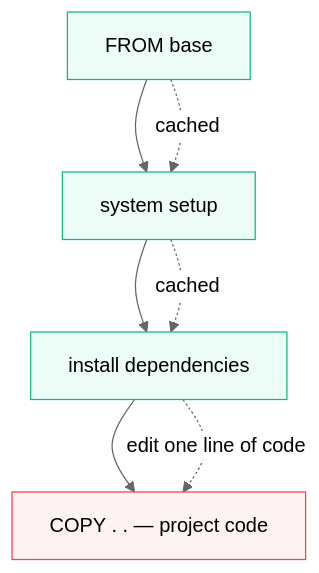
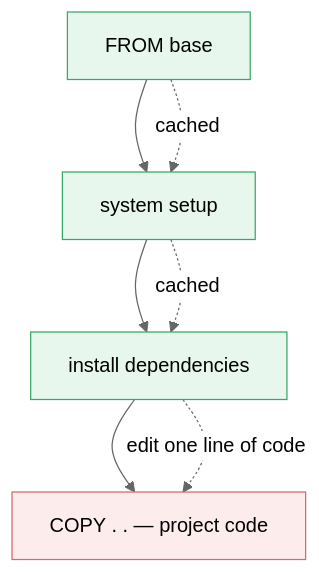
The first of 2 diagrams in chapter_3/l1/README.md (LinkedInLearning/docker-for-local-ai-app-development-build-lightweight-containerized-ai-applications-11189001), drawn with Mermaid (neutral theme) before and after one commit. The commit also changed other lines of this file and 4 other files, not shown here.

````diff
--- a/chapter_3/l1/README.md
+++ b/chapter_3/l1/README.md
@@ -35,15 +35,15 @@
 ```mermaid
 flowchart TD
     A[FROM base] --> B[system setup]
     B --> C[install dependencies]
     C --> D["COPY . . — project code"]
 
     A -. cached .-> B
     B -. cached .-> C
     C -. "edit one line of code" .-> D
 
-    classDef cached fill:#ecfdf5,stroke:#10b981;
-    classDef rebuilt fill:#fef2f2,stroke:#ef4444;
+    classDef cached fill:#e8f7ee,stroke:#3aa667,stroke-width:1px;
+    classDef rebuilt fill:#fdecec,stroke:#d26b6b,stroke-width:1px;
     class A,B,C cached
     class D rebuilt
 ```
````
